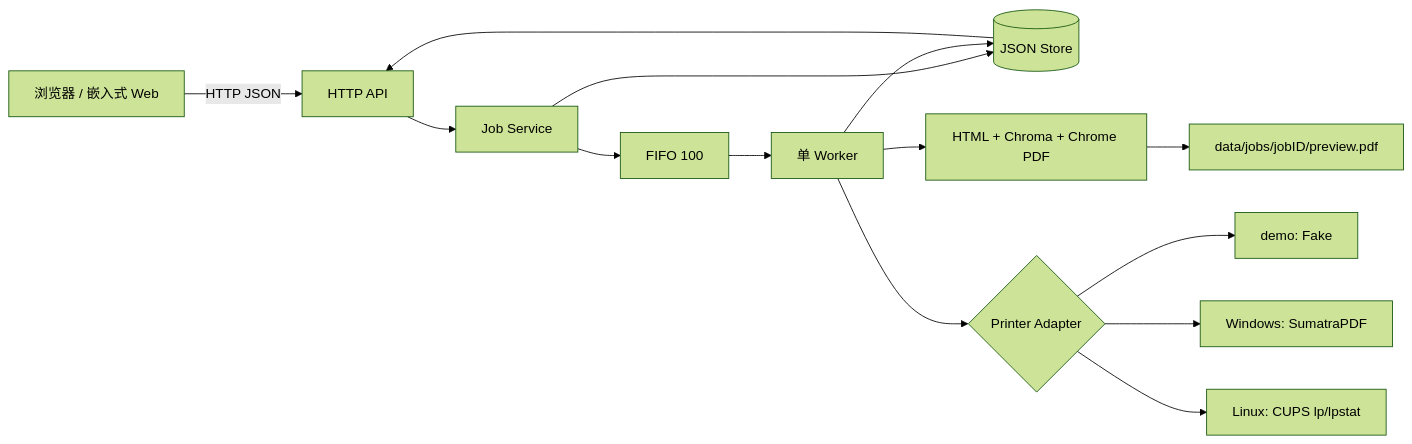
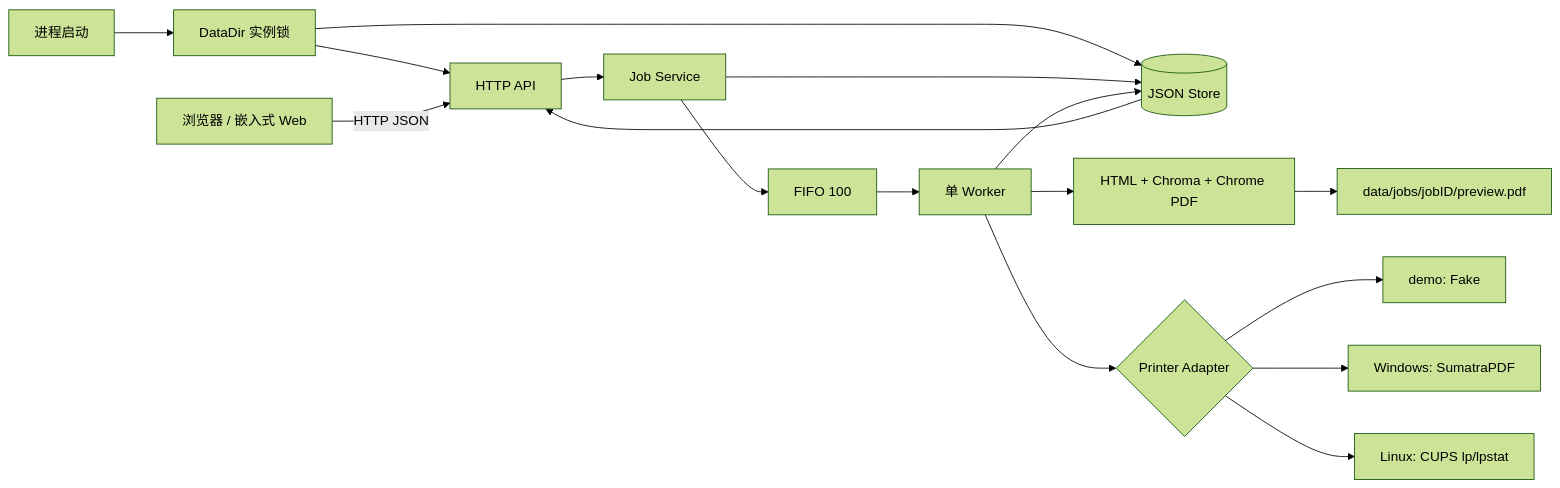
One commit to Zhengxin-Yu/local-print-agent changed the first of 3 diagrams in docs/reports/day-09-final.md. Above: the diagram before and after it, drawn with Mermaid (forest theme). The commit also changed other lines of this file and 25 other files, not shown here.

````diff
--- a/docs/reports/day-09-final.md
+++ b/docs/reports/day-09-final.md
@@ -92,16 +92,19 @@
 ```mermaid
 flowchart LR
+    Startup[进程启动] --> Lock[DataDir 实例锁]
+    Lock --> API
+    Lock --> Store
     Browser[浏览器 / 嵌入式 Web] -->|HTTP JSON| API[HTTP API]
     API --> Service[Job Service]
     Service --> Store[(JSON Store)]
     Service --> Queue[FIFO 100]
     Queue --> Worker[单 Worker]
     Worker --> Render[HTML + Chroma + Chrome PDF]
     Render --> Preview[data/jobs/jobID/preview.pdf]
     Worker --> Adapter{Printer Adapter}
     Adapter --> Demo[demo: Fake]
     Adapter --> Win[Windows: SumatraPDF]
     Adapter --> Linux[Linux: CUPS lp/lpstat]
     Worker --> Store
     Store --> API
 ```
````
